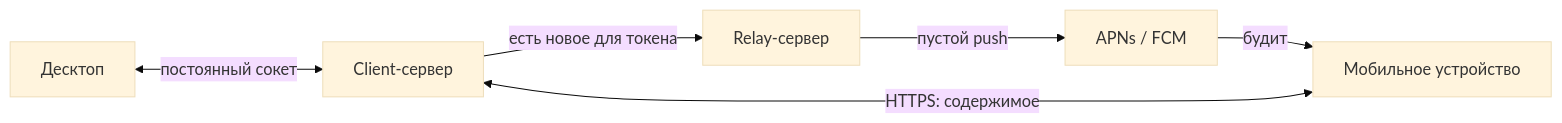
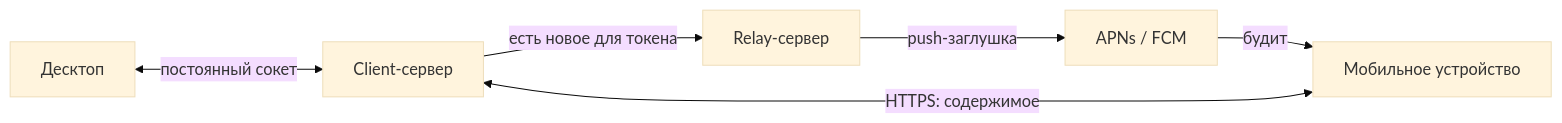
The first of 2 diagrams in docs/client-backend/preview/notification-delivery/notification-delivery-preview.md (cyphernet-labs/nox-app), drawn with Mermaid (base theme) before and after one commit. The commit also changed other lines of this file and 5 other files, not shown here.

````diff
--- a/docs/client-backend/preview/notification-delivery/notification-delivery-preview.md
+++ b/docs/client-backend/preview/notification-delivery/notification-delivery-preview.md
@@ -31,8 +31,8 @@
 ```mermaid
 flowchart LR
   CB["Client-сервер"] -->|"есть новое для токена"| RELAY["Relay-сервер"]
-  RELAY -->|"пустой push"| APNS["APNs / FCM"]
+  RELAY -->|"push-заглушка"| APNS["APNs / FCM"]
   APNS -->|"будит"| DEV["Мобильное устройство"]
   DEV <-->|"HTTPS: содержимое"| CB
   DESK["Десктоп"] <-->|"постоянный сокет"| CB
 ```
````
